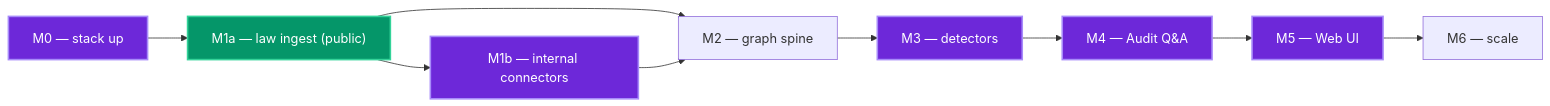
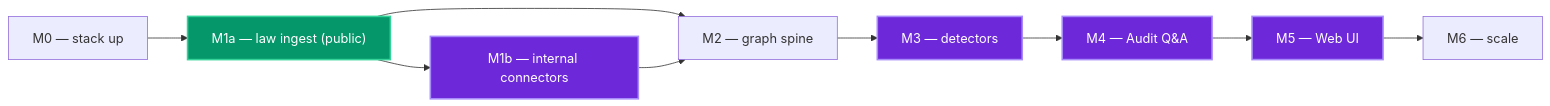
One commit to dannyota/mise changed the diagram in docs/project/ROADMAP.md. Above: the diagram before and after it, drawn with Mermaid. The commit also changed other lines of this file and 12 other files, not shown here.

````diff
--- a/docs/project/ROADMAP.md
+++ b/docs/project/ROADMAP.md
@@ -49,15 +49,15 @@
 ```mermaid
 flowchart LR
     M0["M0 — stack up"] --> M1a["M1a — law ingest (public)"]
     M1a --> M1b["M1b — internal connectors"]
     M1a --> M2["M2 — graph spine"]
     M1b --> M2
     M2 --> M3["M3 — detectors"]
     M3 --> M4["M4 — Audit Q&A"]
     M4 --> M5["M5 — Web UI"]
     M5 --> M6["M6 — scale"]
     classDef gated fill:#6d28d9,stroke:#a78bfa,color:#fff,stroke-width:2px
     classDef public fill:#059669,stroke:#34d399,color:#fff,stroke-width:2px
-    class M0,M1b,M3,M4,M5 gated
+    class M1b,M3,M4,M5 gated
     class M1a public
 ```
````
